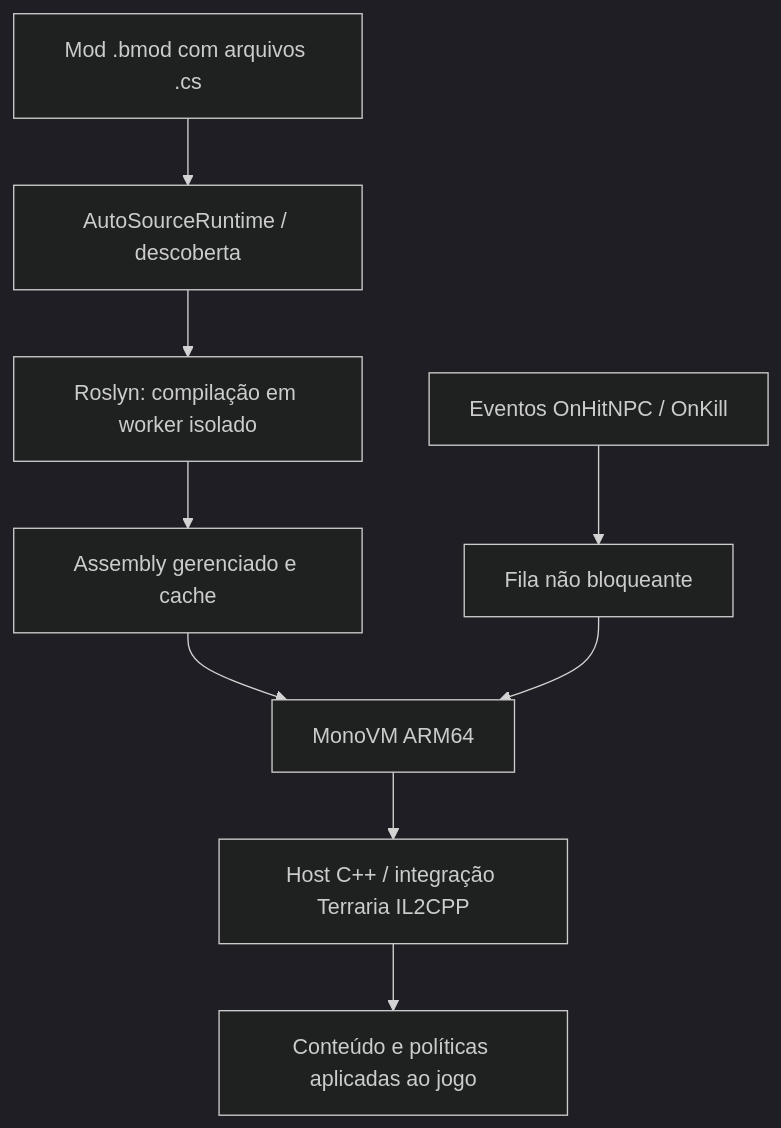
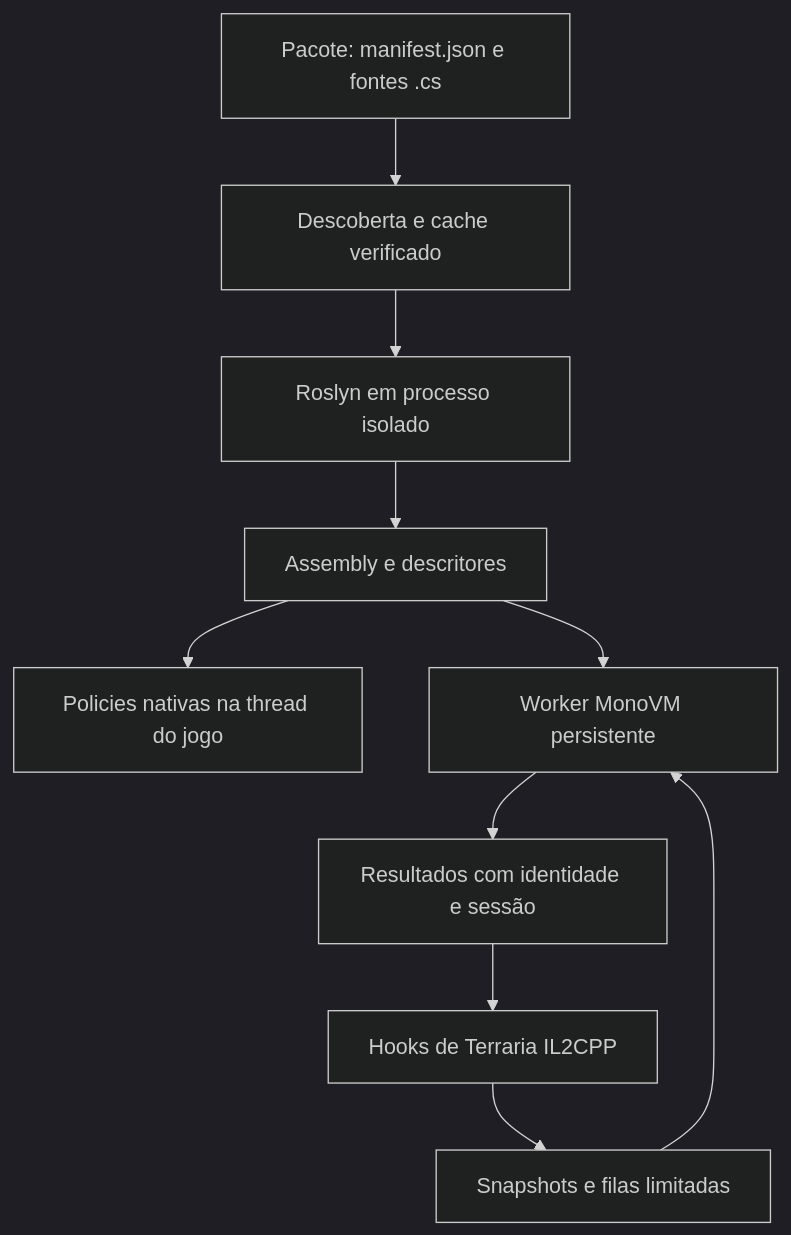
One commit to MantovaniDevTrue/Bunnyloader-Csharp changed the diagram in docs/ARQUITETURA.md. Above: the diagram before and after it, drawn with Mermaid (dark theme). The commit also changed other lines of this file and 128 other files, not shown here.

````diff
--- a/docs/ARQUITETURA.md
+++ b/docs/ARQUITETURA.md
@@ -5,11 +6,12 @@
 ```mermaid
 flowchart TD
-  A["Mod .bmod com arquivos .cs"] --> B["AutoSourceRuntime / descoberta"]
-  B --> C["Roslyn: compilação em worker isolado"]
-  C --> D["Assembly gerenciado e cache"]
-  D --> E["MonoVM ARM64"]
-  E --> F["Host C++ / integração Terraria IL2CPP"]
-  F --> G["Conteúdo e políticas aplicadas ao jogo"]
-  H["Eventos OnHitNPC / OnKill"] --> I["Fila não bloqueante"]
-  I --> E
+  A["Pacote: manifest.json e fontes .cs"] --> B["Descoberta e cache verificado"]
+  B --> C["Roslyn em processo isolado"]
+  C --> D["Assembly e descritores"]
+  D --> E["Policies nativas na thread do jogo"]
+  D --> F["Worker MonoVM persistente"]
+  G["Hooks de Terraria IL2CPP"] --> H["Snapshots e filas limitadas"]
+  H --> F
+  F --> I["Resultados com identidade e sessão"]
+  I --> G
 ```
````
